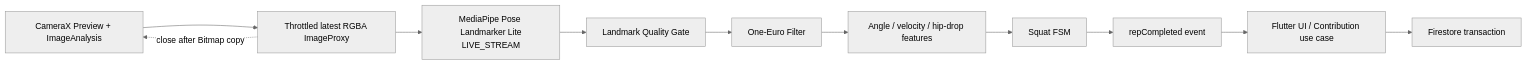
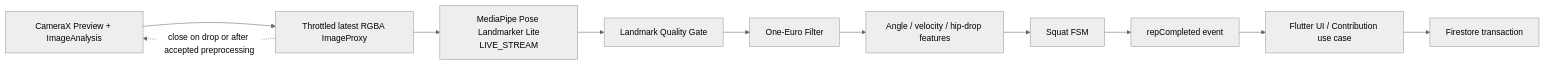
One commit to kren-team/MICHIZURE changed the first of 2 diagrams in docs/squat-detection.md. Above: the diagram before and after it, drawn with Mermaid (neutral theme). The commit also changed other lines of this file and 4 other files, not shown here.

````diff
--- a/docs/squat-detection.md
+++ b/docs/squat-detection.md
@@ -22,16 +22,16 @@
 ```mermaid
 flowchart LR
     Camera["CameraX Preview + ImageAnalysis"]
     Frame["Throttled latest RGBA ImageProxy"]
     ML["MediaPipe Pose Landmarker Lite<br/>LIVE_STREAM"]
     Quality["Landmark Quality Gate"]
     Filter["One-Euro Filter"]
     Feature["Angle / velocity / hip-drop features"]
     FSM["Squat FSM"]
     Event["repCompleted event"]
     Flutter["Flutter UI / Contribution use case"]
     Firestore["Firestore transaction"]
 
     Camera --> Frame --> ML --> Quality --> Filter --> Feature --> FSM --> Event --> Flutter --> Firestore
-    Frame -. close after Bitmap copy .-> Camera
+    Frame -. close on drop or after accepted preprocessing .-> Camera
 ```
````
